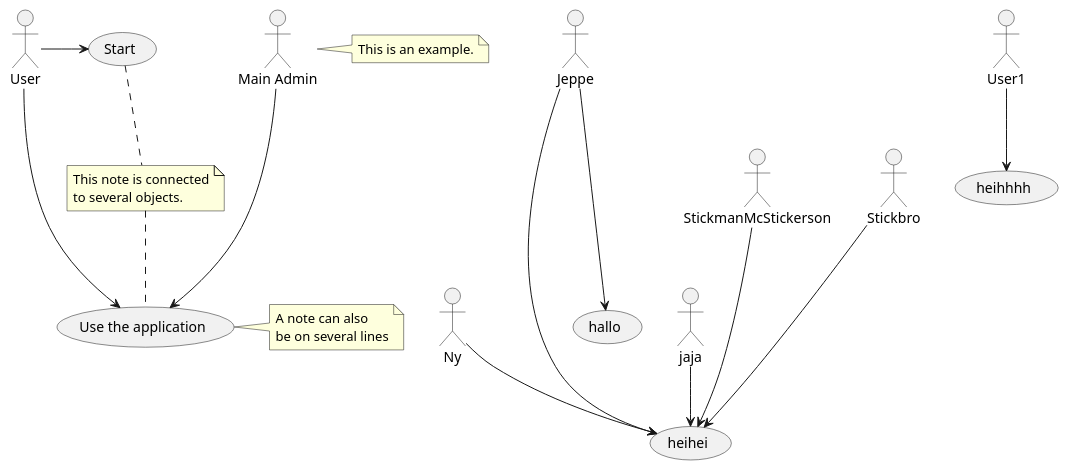
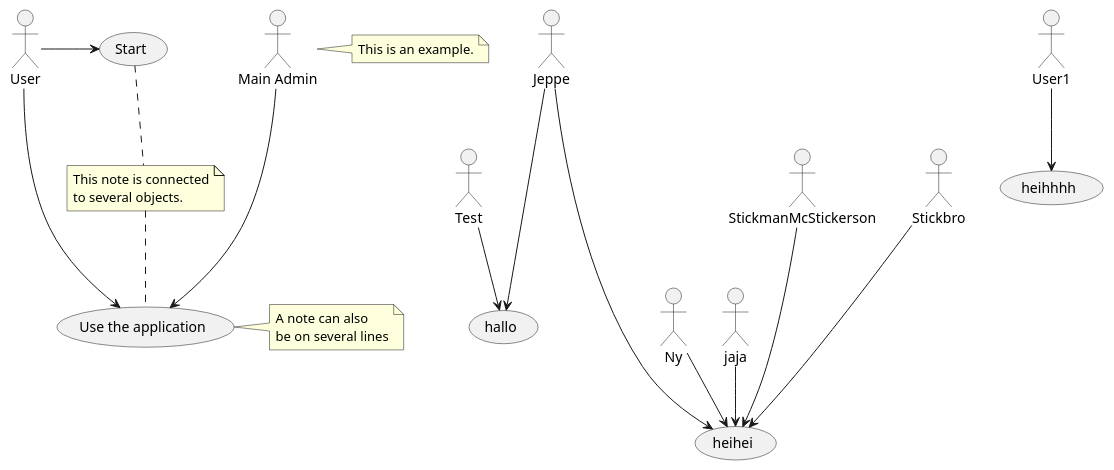
The diagram in usecase.puml (SetGruppe6/diagrammer), drawn with PlantUML before and after one commit.

```diff
--- a/usecase.puml
+++ b/usecase.puml
@@ -1,33 +1,33 @@
 @startuml
 :Main Admin: as Admin
 (Use the application) as (Use)
 
 User -> (Start)
 User --> (Use)
 
 Admin ---> (Use)
 
-
+Test-->(hallo)
 Ny--> (heihei)
 Jeppe---> (hallo)
 Jeppe---->(heihei)
 jaja -->(heihei)
 
 User1 --> (heihhhh)
 
 StickmanMcStickerson ---> (heihei)
 Stickbro ---> (heihei)
 
 
 
 note right of Admin : This is an example.
 
 note right of (Use)
 A note can also
 be on several lines
 end note
 
 note "This note is connected\nto several objects." as N2
 (Start) .. N2
 N2 .. (Use)
 @enduml
```
